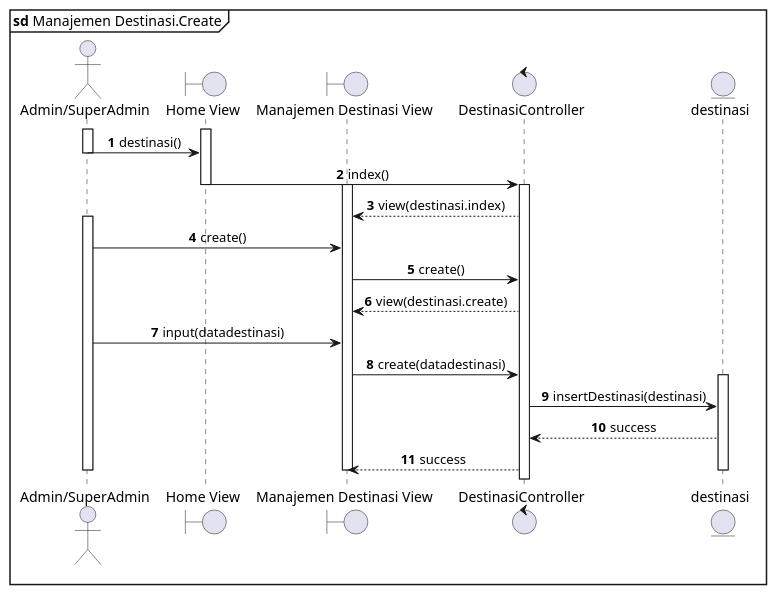
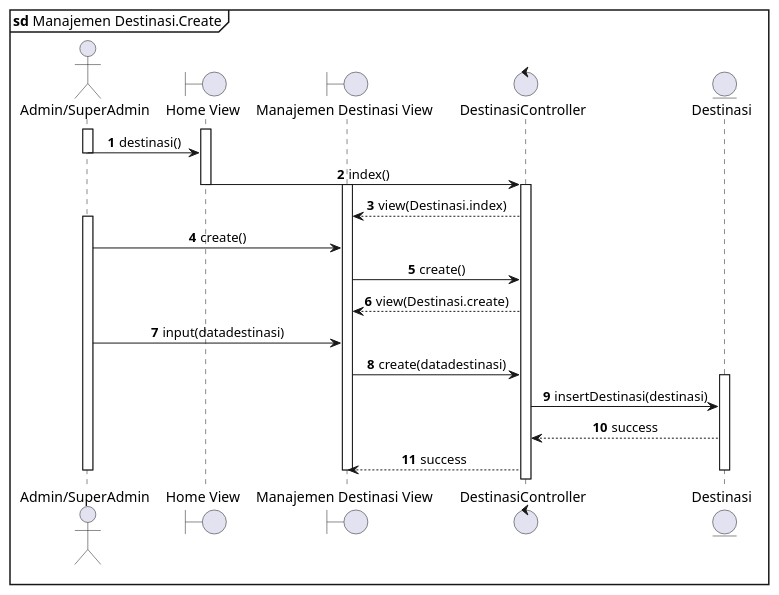
One commit to MF-Rozi/wisata-bumnag-TA changed the diagram in web/Manajemen Destinasi/manajemen-destinasi.create.pu. Above: the diagram before and after it, drawn with PlantUML. The commit also changed 5 other files, not shown here.

```diff
--- a/web/Manajemen Destinasi/manajemen-destinasi.create.pu
+++ b/web/Manajemen Destinasi/manajemen-destinasi.create.pu
@@ -1,36 +1,36 @@
-@startuml Destinasi Verification Success
+@startuml Destinasi Manajemen.Create
 mainframe **sd** Manajemen Destinasi.Create
 actor "Admin/SuperAdmin"  as User
 boundary "Home View" as HomeView
 boundary "Manajemen Destinasi View" as DestinasiView
 control DestinasiController 
-entity destinasi as DestinasiModel
+entity Destinasi as DestinasiModel
 
 autonumber
 ' autoactivate on
 skinparam SequenceMessageAlignment center
 
 activate User
 activate HomeView
 User->HomeView: destinasi()
 deactivate User
 HomeView->DestinasiController: index()
 deactivate HomeView
 activate DestinasiController
 activate DestinasiView
-DestinasiController-->DestinasiView: view(destinasi.index)
+DestinasiController-->DestinasiView: view(Destinasi.index)
 activate User
 User->DestinasiView: create()
 DestinasiView->DestinasiController : create()
-DestinasiController --> DestinasiView: view(destinasi.create)
+DestinasiController --> DestinasiView: view(Destinasi.create)
 User->DestinasiView: input(datadestinasi)
 DestinasiView->DestinasiController: create(datadestinasi)
 activate DestinasiModel
 DestinasiController->DestinasiModel: insertDestinasi(destinasi)
 DestinasiModel-->DestinasiController: success
 DestinasiController-->DestinasiView: success
 deactivate DestinasiModel
 deactivate DestinasiView
 deactivate User
 
 @enduml
```
